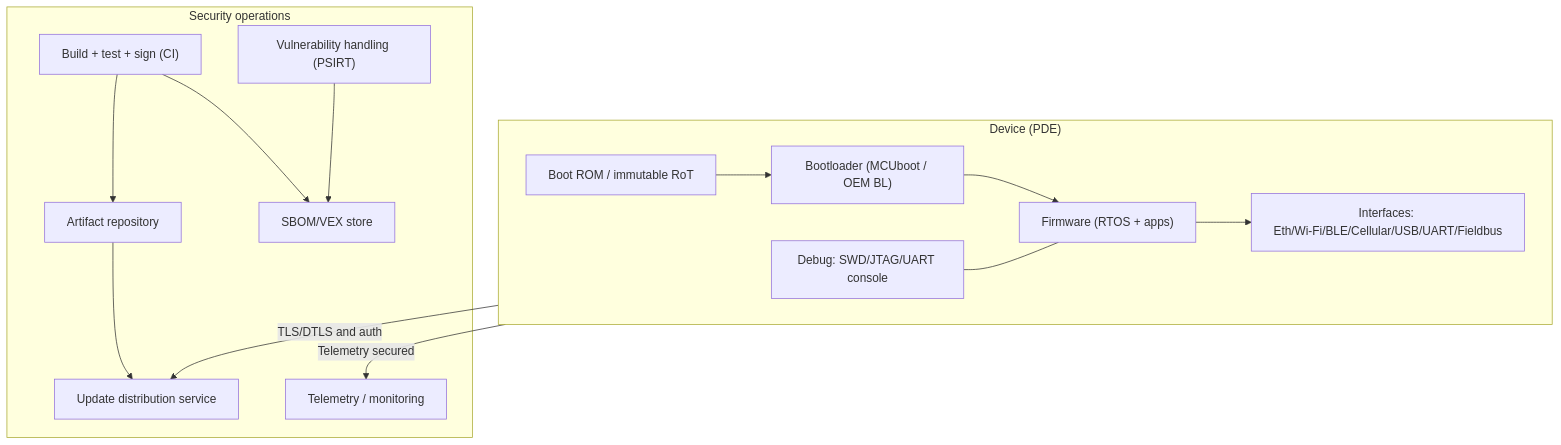
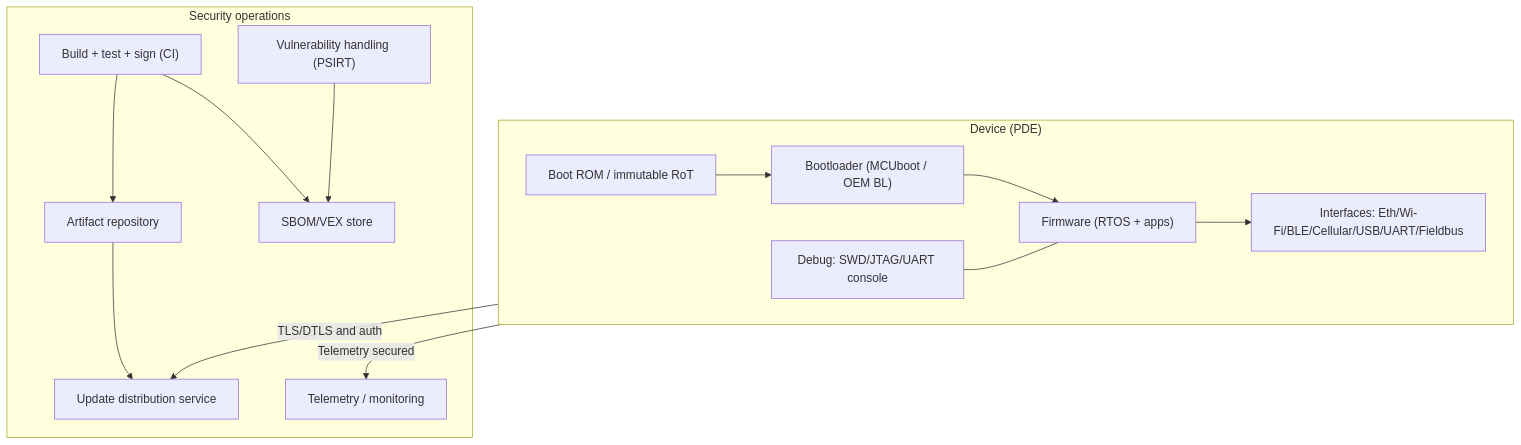
One commit to Ac6Embedded/apollo-docs changed the first of 8 diagrams in docs/security/cra/embedded-technical-controls.md. Above: the diagram before and after it, drawn with Mermaid. The commit also changed other lines of this file and 68 other files, not shown here.

````diff
--- a/docs/security/cra/embedded-technical-controls.md
+++ b/docs/security/cra/embedded-technical-controls.md
@@ -20,26 +23,26 @@
 ```mermaid
 flowchart TB
   subgraph Device["Device (PDE)"]
     ROM["Boot ROM / immutable RoT"]
     BL["Bootloader (MCUboot / OEM BL)"]
     APP["Firmware (RTOS + apps)"]
-    IF["Interfaces: Eth/Wi‑Fi/BLE/Cellular/USB/UART/Fieldbus"]
+    IF["Interfaces: Eth/Wi-Fi/BLE/Cellular/USB/UART/Fieldbus"]
     DBG["Debug: SWD/JTAG/UART console"]
     ROM --> BL --> APP --> IF
     DBG --- APP
   end
 
   subgraph SecurityOps["Security operations"]
     CI["Build + test + sign (CI)"]
     Repo["Artifact repository"]
     OTA["Update distribution service"]
     PSIRT["Vulnerability handling (PSIRT)"]
     SBOM["SBOM/VEX store"]
     Logs["Telemetry / monitoring"]
     CI --> Repo --> OTA
     CI --> SBOM
     PSIRT --> SBOM
   end
     Device -->|TLS/DTLS and auth| OTA
     Device -->|Telemetry secured| Logs
 ```
````
